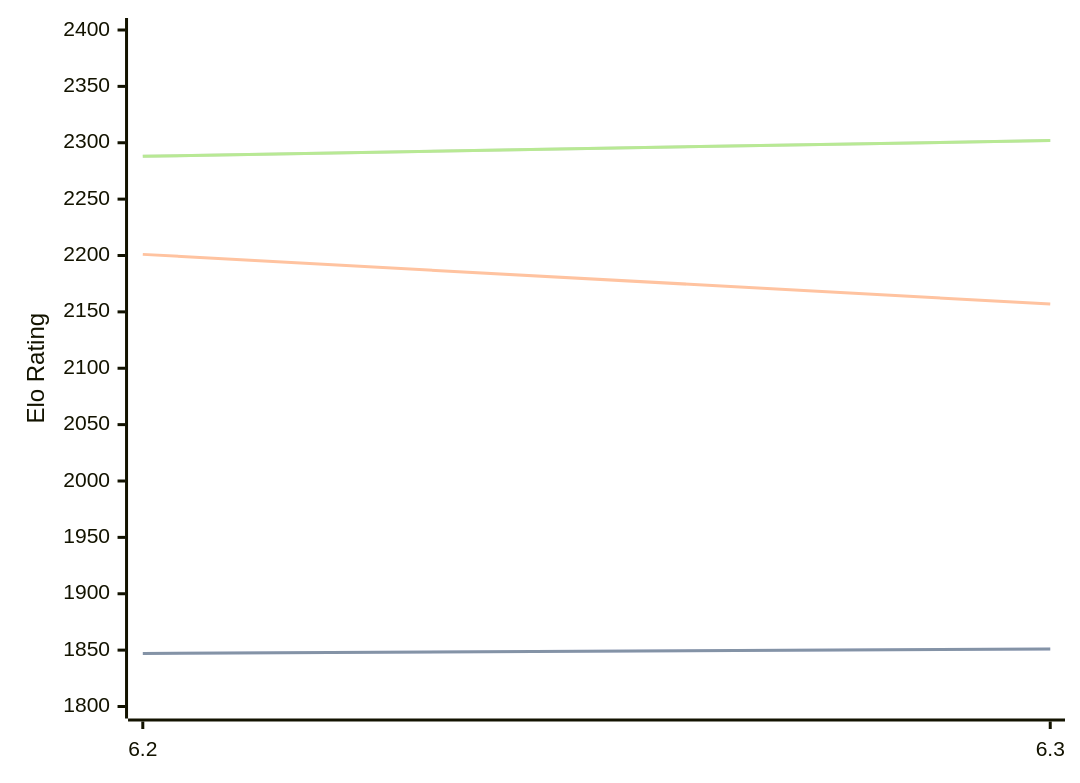
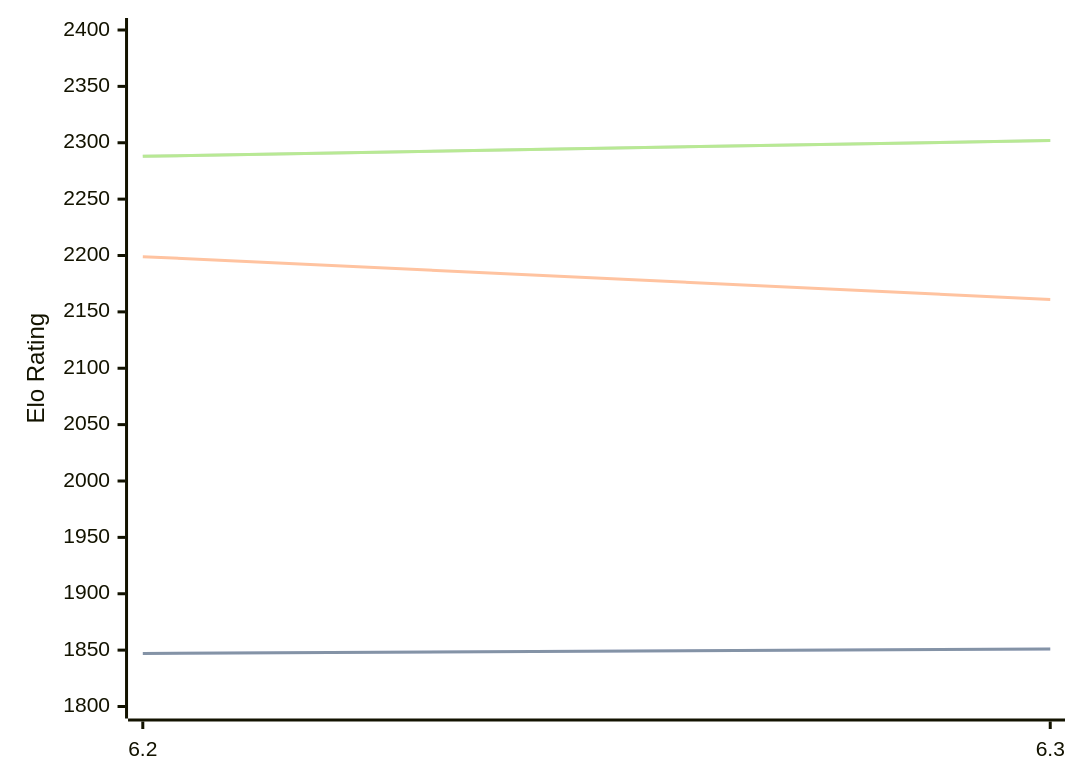
One commit to computer-chess-index/cci changed the third of 3 diagrams in engines/chess4j.md. Above: the diagram before and after it, drawn with Mermaid. The commit also changed other lines of this file, not shown here.

````diff
--- a/engines/chess4j.md
+++ b/engines/chess4j.md
@@ -71,11 +71,11 @@
 ```mermaid
 %%{init: {"theme":"base","themeVariables":{"seriesColors:['#a3a3a3','#222221','#faa371']}}}%%
 xychart-beta
   x-axis ["6.2", "6.3"]
   y-axis "Elo Rating" 1800 --> 2400
   line "STC (8.0+0.08s)" [1847, 1851]
   line "STC (8.0+0.08s)" [1847, 1851]
-  line "LTC (60.0+0.60s)" [2201, 2157]
+  line "LTC (60.0+0.60s)" [2199, 2161]
   line "VLTC (2m24s+1.12s)" [2288, 2302]
   line "VLTC (2m24s+1.12s)" [2288, 2302]
 ```
````
